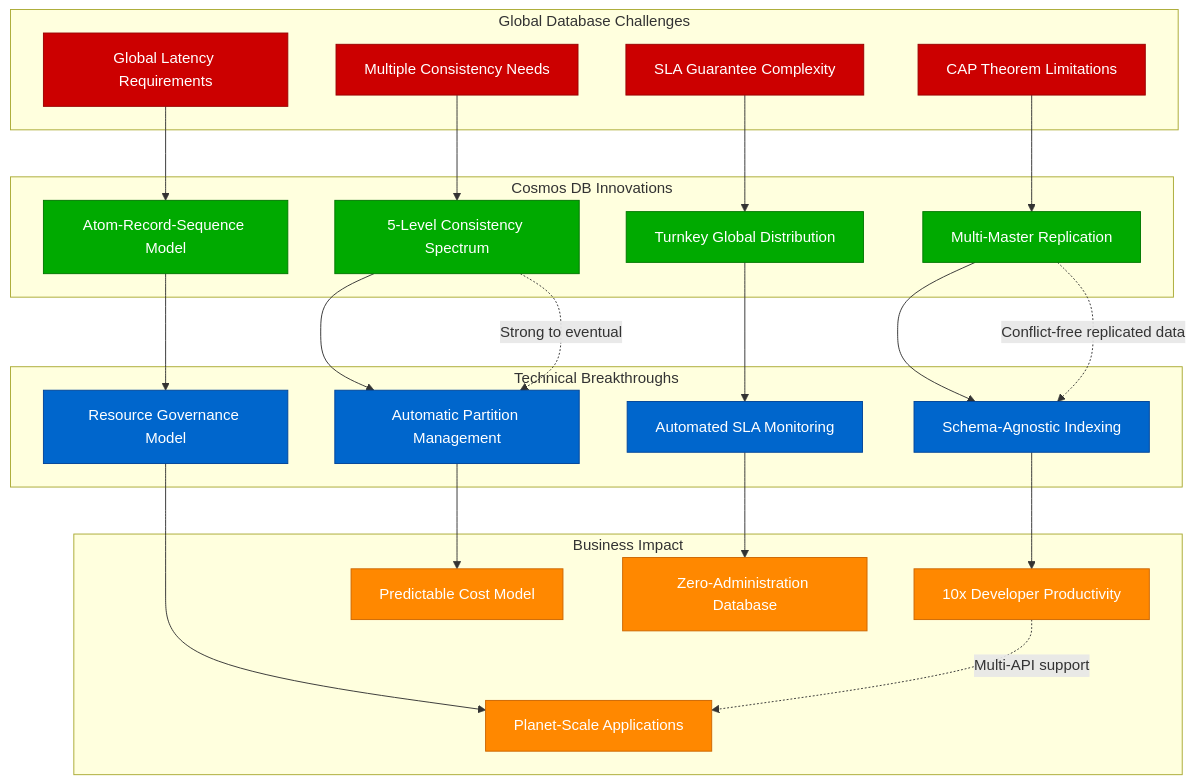
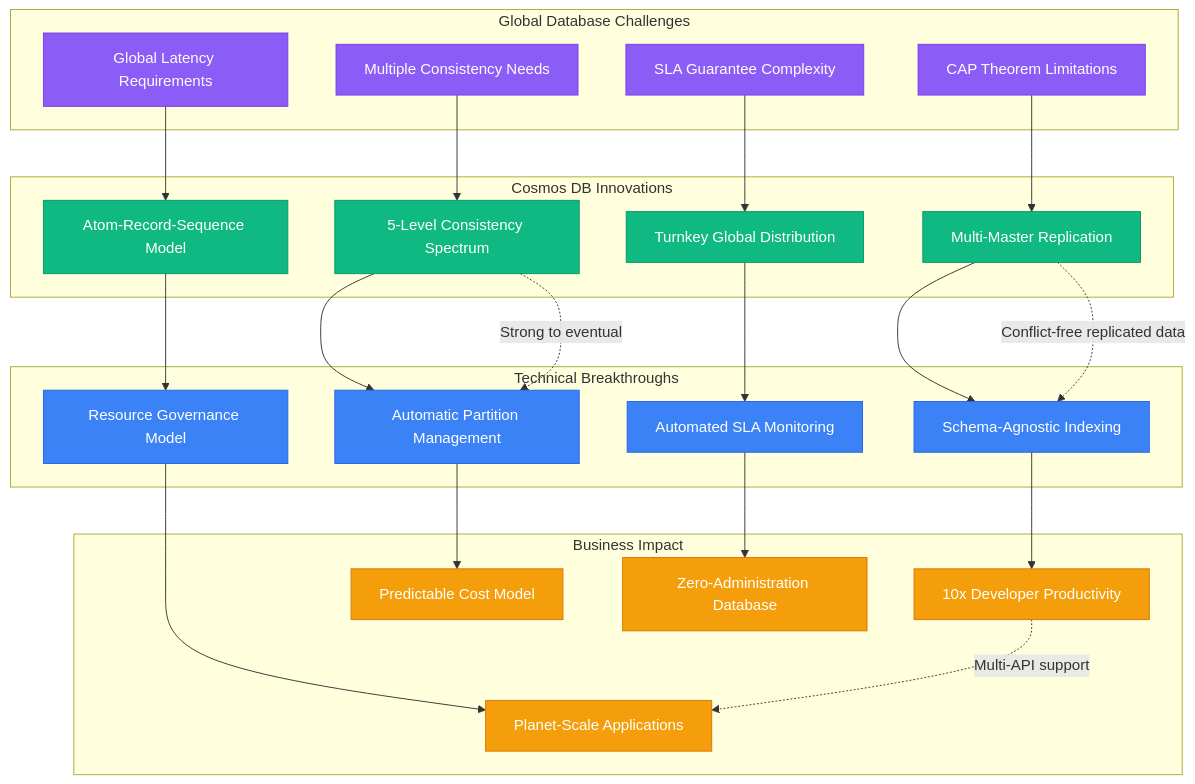
The second of 10 diagrams in site/docs/systems/microsoft/novel-solutions.md (deepaucksharma/DS), drawn with Mermaid before and after one commit. The commit also changed other lines of this file and 303 other files, not shown here.

````diff
--- a/site/docs/systems/microsoft/novel-solutions.md
+++ b/site/docs/systems/microsoft/novel-solutions.md
@@ -79,63 +79,63 @@
 ```mermaid
 graph TB
     subgraph DatabaseProblem[Global Database Challenges]
         CAP_THEOREM[CAP Theorem Limitations]
         GLOBAL_LATENCY[Global Latency Requirements]
         CONSISTENCY_MODELS[Multiple Consistency Needs]
         SLA_GUARANTEES[SLA Guarantee Complexity]
     end
 
     subgraph CosmosInnovation[Cosmos DB Innovations]
         MULTI_MASTER[Multi-Master Replication]
         ATOM_RECORD_SEQUENCE[Atom-Record-Sequence Model]
         CONSISTENCY_SPECTRUM[5-Level Consistency Spectrum]
         GLOBAL_DISTRIBUTION[Turnkey Global Distribution]
     end
 
     subgraph TechnicalBreakthroughs[Technical Breakthroughs]
         AUTOMATIC_INDEXING[Schema-Agnostic Indexing]
         RESOURCE_GOVERNANCE[Resource Governance Model]
         PARTITION_MANAGEMENT[Automatic Partition Management]
         SLA_AUTOMATION[Automated SLA Monitoring]
     end
 
     subgraph BusinessImpact[Business Impact]
         DEVELOPER_PRODUCTIVITY[10x Developer Productivity]
         GLOBAL_SCALE[Planet-Scale Applications]
         COST_EFFICIENCY[Predictable Cost Model]
         OPERATIONAL_SIMPLICITY[Zero-Administration Database]
     end
 
     %% Problem to innovation
     CAP_THEOREM --> MULTI_MASTER
     GLOBAL_LATENCY --> ATOM_RECORD_SEQUENCE
     CONSISTENCY_MODELS --> CONSISTENCY_SPECTRUM
     SLA_GUARANTEES --> GLOBAL_DISTRIBUTION
 
     %% Innovation to breakthroughs
     MULTI_MASTER --> AUTOMATIC_INDEXING
     ATOM_RECORD_SEQUENCE --> RESOURCE_GOVERNANCE
     CONSISTENCY_SPECTRUM --> PARTITION_MANAGEMENT
     GLOBAL_DISTRIBUTION --> SLA_AUTOMATION
 
     %% Breakthroughs to impact
     AUTOMATIC_INDEXING --> DEVELOPER_PRODUCTIVITY
     RESOURCE_GOVERNANCE --> GLOBAL_SCALE
     PARTITION_MANAGEMENT --> COST_EFFICIENCY
     SLA_AUTOMATION --> OPERATIONAL_SIMPLICITY
 
     %% Technical annotations
     MULTI_MASTER -.->|"Conflict-free replicated data"| AUTOMATIC_INDEXING
     CONSISTENCY_SPECTRUM -.->|"Strong to eventual"| PARTITION_MANAGEMENT
     DEVELOPER_PRODUCTIVITY -.->|"Multi-API support"| GLOBAL_SCALE
 
-    classDef problemStyle fill:#CC0000,stroke:#990000,color:#fff
-    classDef innovationStyle fill:#00AA00,stroke:#007700,color:#fff
-    classDef breakthroughStyle fill:#0066CC,stroke:#004499,color:#fff
-    classDef impactStyle fill:#FF8800,stroke:#CC6600,color:#fff
+    classDef problemStyle fill:#8B5CF6,stroke:#7C3AED,color:#fff
+    classDef innovationStyle fill:#10B981,stroke:#059669,color:#fff
+    classDef breakthroughStyle fill:#3B82F6,stroke:#2563EB,color:#fff
+    classDef impactStyle fill:#F59E0B,stroke:#D97706,color:#fff
 
     class CAP_THEOREM,GLOBAL_LATENCY,CONSISTENCY_MODELS,SLA_GUARANTEES problemStyle
     class MULTI_MASTER,ATOM_RECORD_SEQUENCE,CONSISTENCY_SPECTRUM,GLOBAL_DISTRIBUTION innovationStyle
     class AUTOMATIC_INDEXING,RESOURCE_GOVERNANCE,PARTITION_MANAGEMENT,SLA_AUTOMATION breakthroughStyle
     class DEVELOPER_PRODUCTIVITY,GLOBAL_SCALE,COST_EFFICIENCY,OPERATIONAL_SIMPLICITY impactStyle
 ```
````
